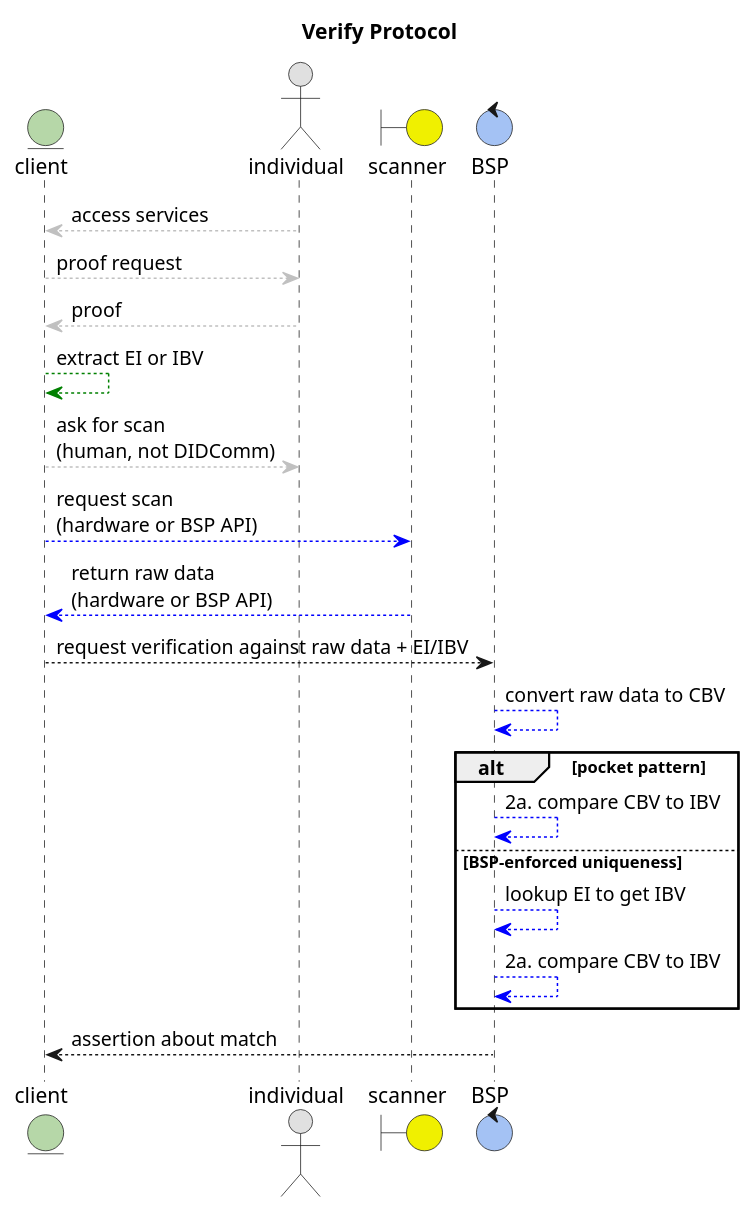
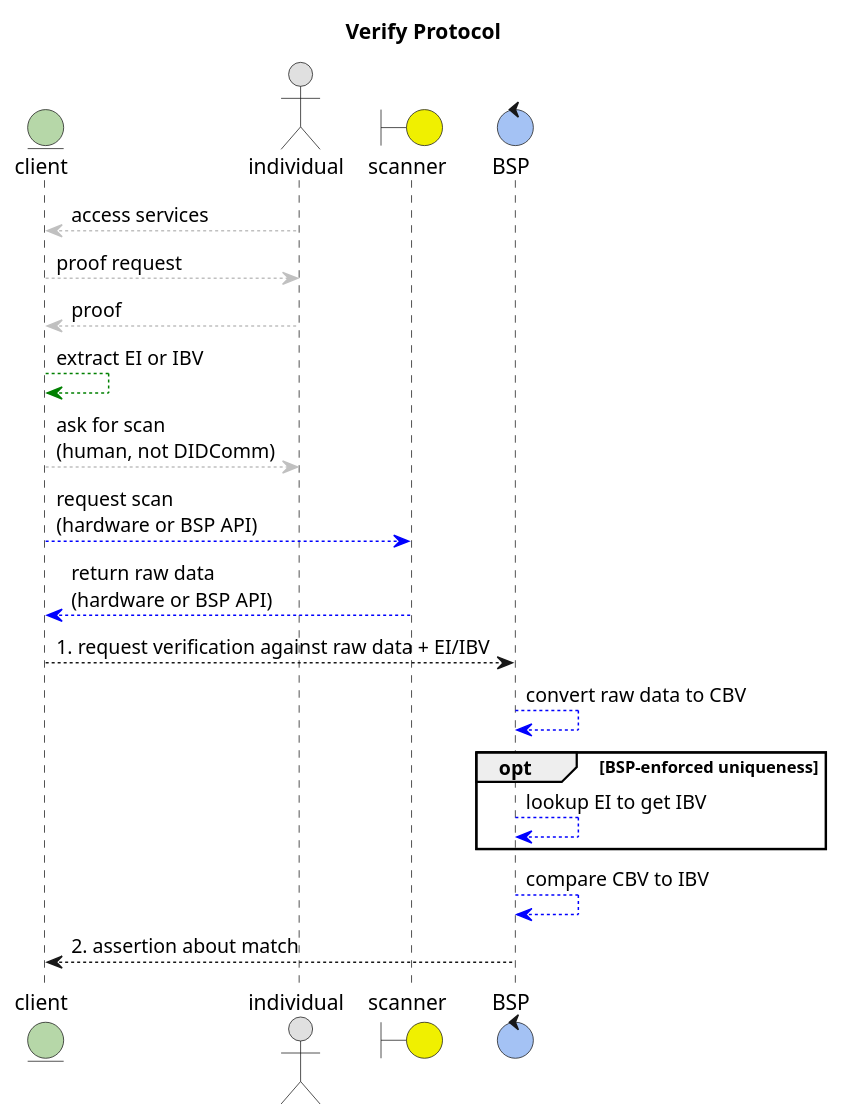
One commit to tiaramj/aries-rfcs changed the diagram in features/0529-biometric-verification-protocol/verify.puml. Above: the diagram before and after it, drawn with PlantUML. The commit also changed 2 other files, not shown here.

```diff
--- a/features/0529-biometric-verification-protocol/verify.puml
+++ b/features/0529-biometric-verification-protocol/verify.puml
@@ -1,24 +1,22 @@
 @startuml
 title Verify Protocol
 entity client #b6d7a8
 actor individual #e0e0e0
 boundary scanner #f0f000
 control BSP #a4c2f4ff
 
 individual -[#c0c0c0]-> client: access services
 client -[#c0c0c0]-> individual: proof request
 individual -[#c0c0c0]-> client: proof
 client -[#green]-> client: extract EI or IBV
 client -[#c0c0c0]-> individual: ask for scan\n(human, not DIDComm)
 client -[#blue]-> scanner: request scan\n(hardware or BSP API)
 scanner -[#blue]-> client: return raw data\n(hardware or BSP API)
-client --> BSP: request verification against raw data + EI/IBV
+client --> BSP: 1. request verification against raw data + EI/IBV
 BSP -[#blue]-> BSP: convert raw data to CBV
-alt pocket pattern
-BSP -[#blue]-> BSP: 2a. compare CBV to IBV
-else BSP-enforced uniqueness
+opt BSP-enforced uniqueness
 BSP -[#blue]-> BSP: lookup EI to get IBV
-BSP -[#blue]-> BSP: 2a. compare CBV to IBV
 end
-BSP --> client: assertion about match
+BSP -[#blue]-> BSP: compare CBV to IBV
+BSP --> client: 2. assertion about match
 @enduml
```
